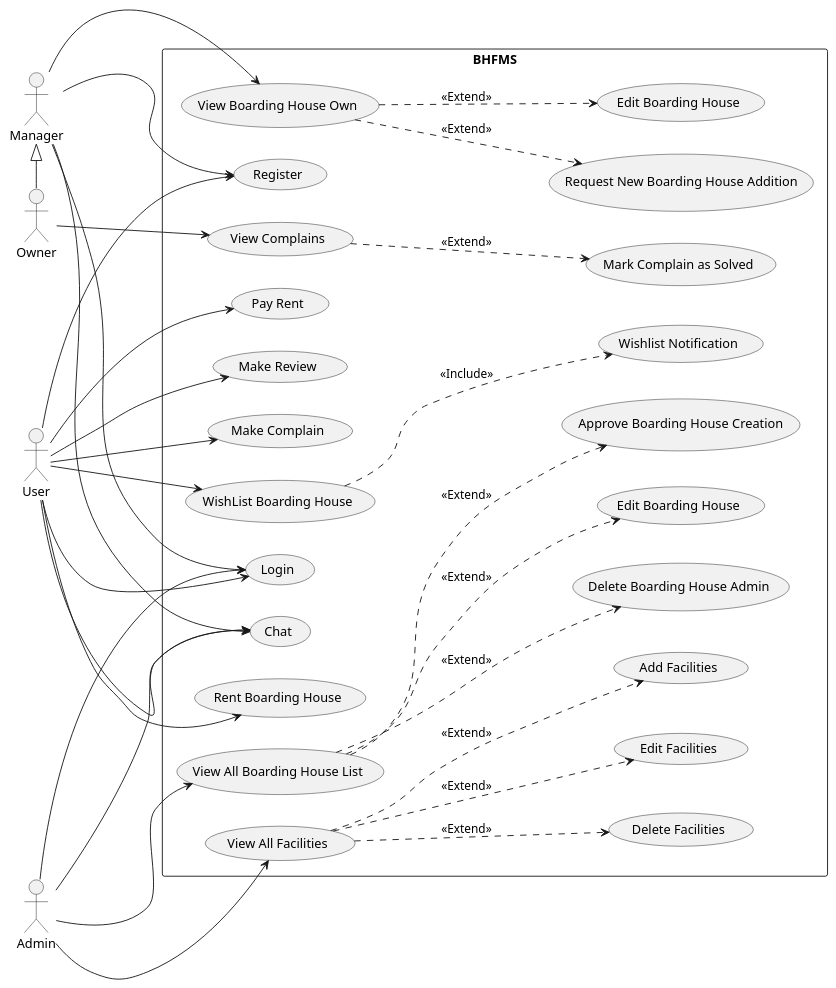
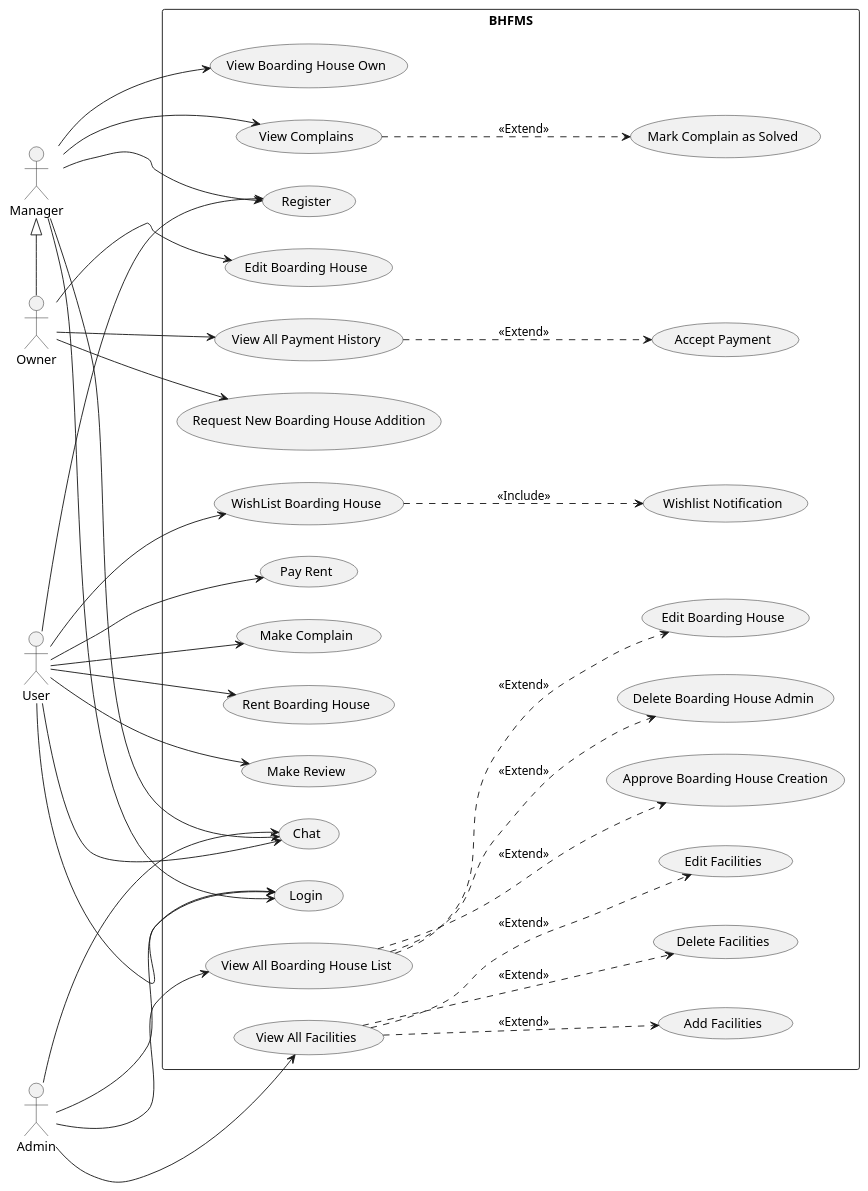
Before and after one commit to AntWort21/BHFMS: the diagram in Design/BHFMS_USE_Case.puml, drawn with PlantUML. The commit also changed 6 other files, not shown here.

Commit message:
Updated Use Case Diagram + Start of Sequence

```diff
--- a/Design/BHFMS_USE_Case.puml
+++ b/Design/BHFMS_USE_Case.puml
@@ -1,94 +1,104 @@
 @startuml
 left to right direction
 
 rectangle BHFMS {
     ' General'
     usecase (Chat) as cht
     usecase (Login) as lgn
     usecase (Register) as rgs
     usecase (View Boarding House Own) as view_bh
     
     ' Boarding House Owner'
     usecase (Request New Boarding House Addition) as req_bh
     usecase (Edit Boarding House) as edit_bh
     usecase (View Complains) as view_cmpln
     usecase (Mark Complain as Solved) as rply_cmpln
 
     ' User'
     usecase (Rent Boarding House) as rent_bh
     usecase (WishList Boarding House) as wish_bh
     usecase (Pay Rent) as rpymnt
     usecase (Make Complain) as cmpln
     usecase (Make Review) as rvw
     usecase (Wishlist Notification) as ntf_wl_bh
 
     ' Supervisor / Admin'
     usecase (View All Boarding House List) as show_bh_admin
     usecase (Rent Boarding House) as rent_bh
     usecase (Delete Boarding House Admin) as del_bh_admin
     usecase (Edit Boarding House) as edit_bh_admin
     usecase (Approve Boarding House Creation) as aprv_bh_admin
 
-    usecase (View All Facilities) as show_fcl_admin
+    'Penamaanny slh bikin bingung'
+    usecase (View All Facilities) as show_fcl_admin 
     usecase (Delete Facilities) as del_fcl_admin
     usecase (Edit Facilities) as edit_fcl_admin
     usecase (Add Facilities) as aprv_fcl_admin
+    usecase (View All Payment History) as view_payment
+    usecase (Accept Payment) as accpt_payment
 }
 
 actor :Owner: as own
 actor :User: as user
 actor :Admin: as adm
 actor :Manager: as mngr
 
-
+'Use case blm ad activityny'
+own ---> view_payment
+view_payment ...> accpt_payment: <<Extend>>
 ' usecase (Delete Amenities) as del_amnt
 ' usecase (Edit Amenities) as edit_amnt
 
 ' user <|-down- Admin
 ' user <|-down-Manager
 ' Manager <-down-Owner
 
 
 ' adm <|-down- user
 ' adm <|-down- mngr
+
 mngr <|-right- own
+
+mngr ---> view_bh
 
 adm ---> lgn
 user ---> lgn
 mngr ---> lgn
 
 adm ---> cht
 user ---> cht
 mngr ---> cht
 
 user ---> rgs
 mngr ---> rgs
 
 adm ---> show_bh_admin
 adm ---> show_fcl_admin
 
 user ---> rpymnt
 user ---> rent_bh
 user ---> cmpln
 user ---> rvw
 user ---> wish_bh
 wish_bh ...> ntf_wl_bh: <<Include>>
 
 
-own ---> view_cmpln
+mngr ---> view_cmpln
 view_cmpln ...> rply_cmpln: <<Extend>>
-mngr ---> view_bh
+' mngr ---> view_bh
 
 ' CRUD Boarding House
-view_bh ...> req_bh: <<Extend>>
-view_bh ...> edit_bh: <<Extend>>
+' view_bh ...> req_bh: <<Extend>>
+' view_bh ...> edit_bh: <<Extend>>
+own ---> edit_bh
+own ---> req_bh
 
 show_bh_admin ...> del_bh_admin: <<Extend>>
 show_bh_admin ...> edit_bh_admin: <<Extend>>
 show_bh_admin ...> aprv_bh_admin: <<Extend>>
 
 show_fcl_admin ...> del_fcl_admin: <<Extend>>
 show_fcl_admin ...> edit_fcl_admin: <<Extend>>
 show_fcl_admin ...> aprv_fcl_admin: <<Extend>>
 
 @enduml
```
